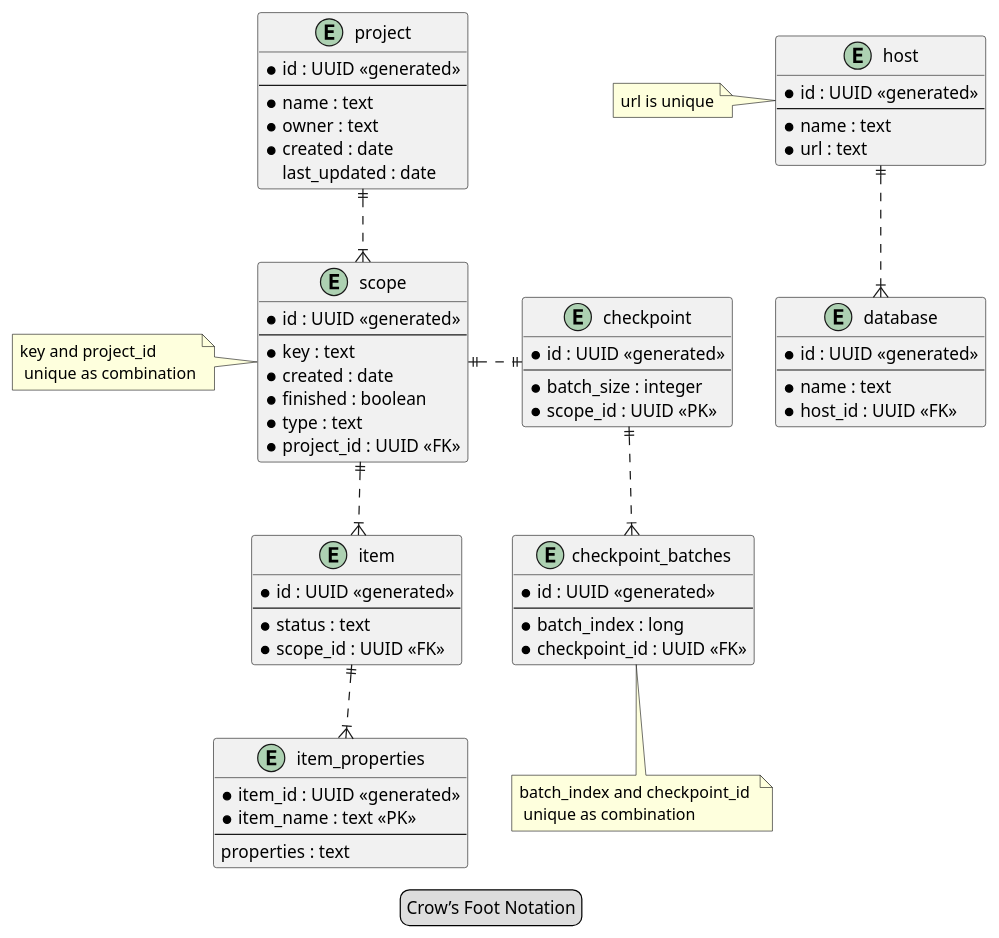
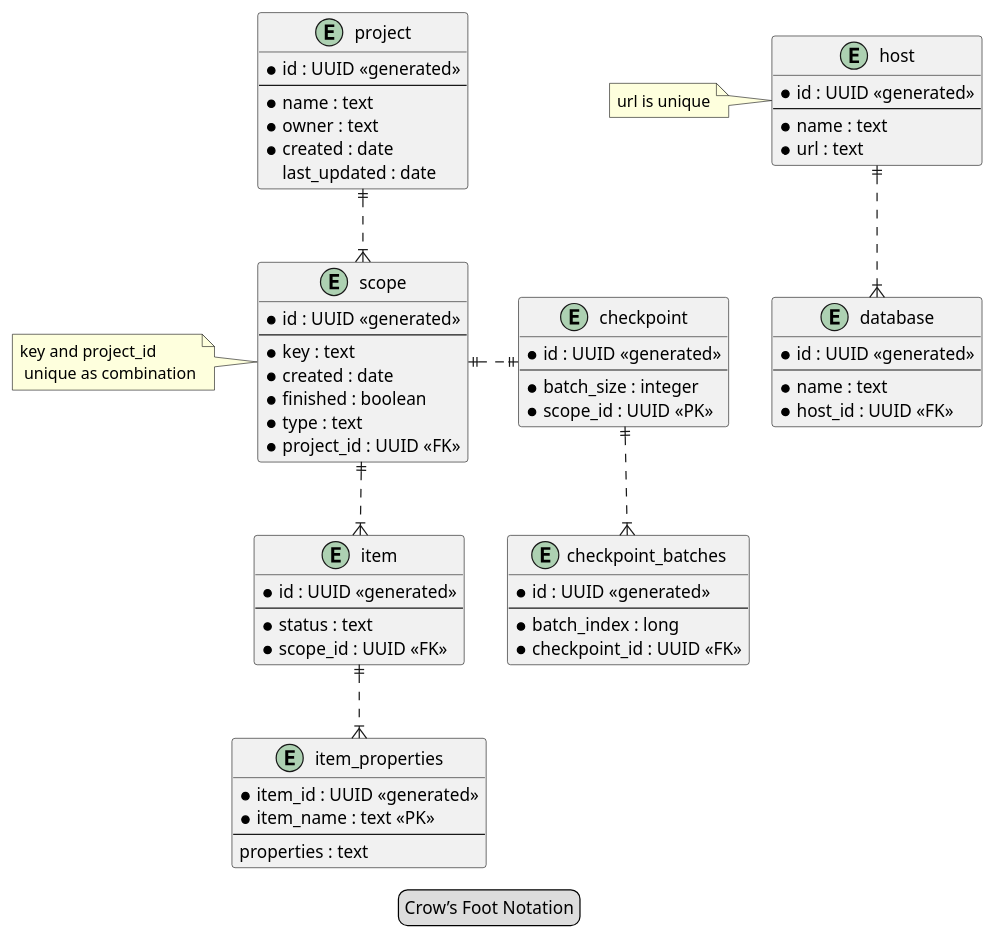
One commit to TuncerCatalkaya/data-migration changed the diagram in data-migration-documentation/src/main/images/databaseModel.puml. Above: the diagram before and after it, drawn with PlantUML. The commit also changed 3 other files, not shown here.

```diff
--- a/data-migration-documentation/src/main/images/databaseModel.puml
+++ b/data-migration-documentation/src/main/images/databaseModel.puml
@@ -1,81 +1,78 @@
 @startuml
 legend Crow’s Foot Notation
 
 entity project {
     * id : UUID <<generated>>
     --
     * name : text
     * owner : text
     * created : date
     last_updated : date
 }
 
 entity scope {
     * id : UUID <<generated>>
     --
     * key : text
     * created : date
     * finished : boolean
     * type : text
     * project_id : UUID <<FK>>
 }
 
 entity item {
     * id : UUID <<generated>>
     --
     * status : text
     * scope_id : UUID <<FK>>
 }
 
 entity item_properties {
     * item_id : UUID <<generated>>
     * item_name : text <<PK>>
     --
     properties : text
 }
 
 entity checkpoint {
     * id : UUID <<generated>>
     --
     * batch_size : integer
     * scope_id : UUID <<PK>>
 }
 
 entity checkpoint_batches {
     * id : UUID <<generated>>
     --
     * batch_index : long
     * checkpoint_id : UUID <<FK>>
 }
 
 entity host {
     * id : UUID <<generated>>
     --
     * name : text
     * url : text
 }
 
 entity database {
     * id : UUID <<generated>>
     --
     * name : text
     * host_id : UUID <<FK>>
 }
 
 note left of scope : key and project_id \n unique as combination
-note bottom of checkpoint_batches : batch_index and checkpoint_id \n unique as combination
 note left of host : url is unique
 
 project ||..|{ scope
 scope ||..|{ item
 item ||..|{ item_properties
 
 scope ||.|| checkpoint
 
 checkpoint ||..|{ checkpoint_batches
 
 host ||..|{ database
 
-'checkpoint -[hidden]-> host
-
 @enduml
```
